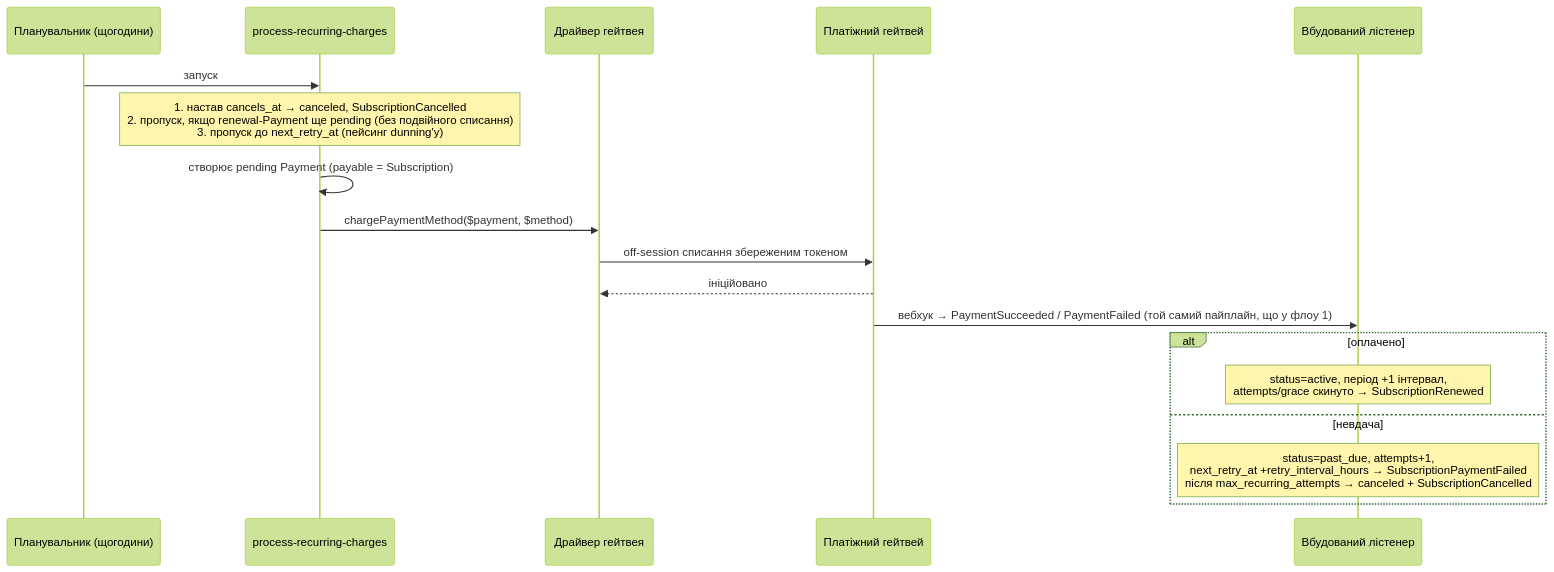
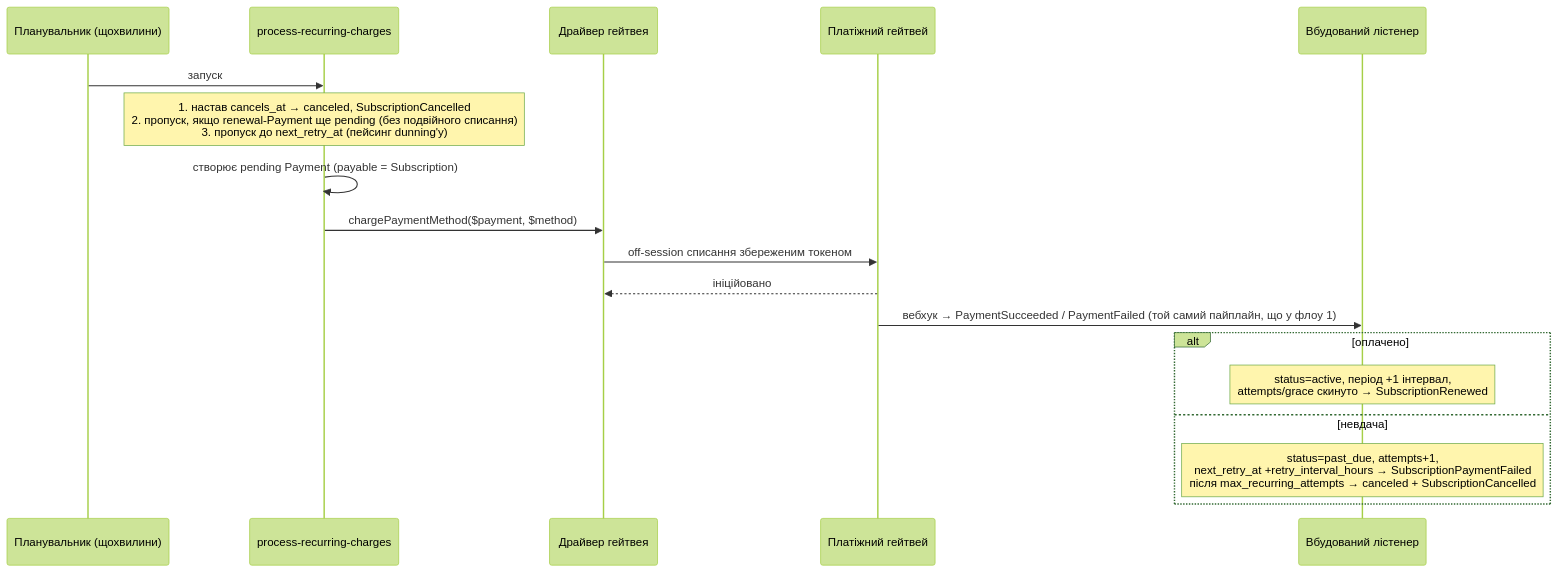
The second of 4 diagrams in README.uk.md (fomvasss/laravel-billing), drawn with Mermaid (forest theme) before and after one commit. The commit also changed other lines of this file and 17 other files, not shown here.

Commit message:
fix month-overflow renewals, run recurring charges every minute with overlap lock, flexible per-price trial notices, add architecture/use-cases/webhook-testing docs

````diff
--- a/README.uk.md
+++ b/README.uk.md
@@ -291,22 +291,22 @@
 ```mermaid
 sequenceDiagram
-    participant Cron as Планувальник (щогодини)
+    participant Cron as Планувальник (щохвилини)
     participant Cmd as process-recurring-charges
     participant Driver as Драйвер гейтвея
     participant Bank as Платіжний гейтвей
     participant Listener as Вбудований лістенер
 
     Cron->>Cmd: запуск
     Note over Cmd: 1. настав cancels_at → canceled, SubscriptionCancelled<br/>2. пропуск, якщо renewal-Payment ще pending (без подвійного списання)<br/>3. пропуск до next_retry_at (пейсинг dunning'у)
     Cmd->>Cmd: створює pending Payment (payable = Subscription)
     Cmd->>Driver: chargePaymentMethod($payment, $method)
     Driver->>Bank: off-session списання збереженим токеном
     Bank-->>Driver: ініційовано
 
     Bank->>Listener: вебхук → PaymentSucceeded / PaymentFailed (той самий пайплайн, що у флоу 1)
     alt оплачено
         Note over Listener: status=active, період +1 інтервал,<br/>attempts/grace скинуто → SubscriptionRenewed
     else невдача
         Note over Listener: status=past_due, attempts+1,<br/>next_retry_at +retry_interval_hours → SubscriptionPaymentFailed<br/>після max_recurring_attempts → canceled + SubscriptionCancelled
     end
 ```
````
